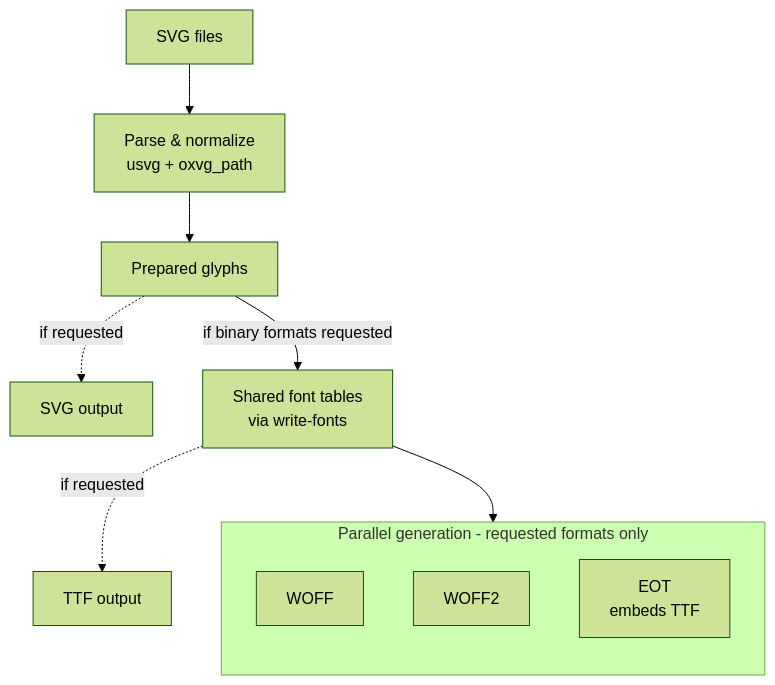
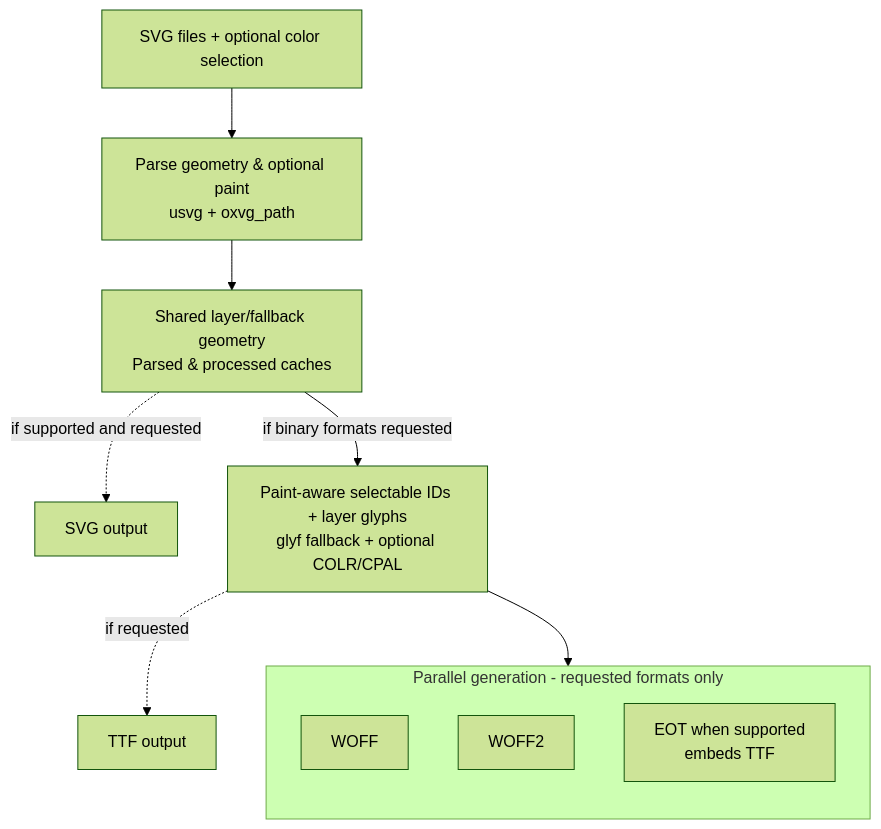
One commit to atlowChemi/vite-svg-2-webfont changed the first of 2 diagrams in packages/docs/webfont-generator/index.md. Above: the diagram before and after it, drawn with Mermaid (forest theme). The commit also changed other lines of this file and 28 other files, not shown here.

````diff
--- a/packages/docs/webfont-generator/index.md
+++ b/packages/docs/webfont-generator/index.md
@@ -52,15 +52,15 @@
 ```mermaid
 flowchart TD
-    A[SVG files] --> B[Parse &amp; normalize<br/>usvg + oxvg_path]
-    B --> C[Prepared glyphs]
-    C -.->|if requested| D[SVG output]
-    C -->|if binary formats requested| E[Shared font tables<br/>via write-fonts]
+    A[SVG files + optional color selection] --> B[Parse geometry &amp; optional paint<br/>usvg + oxvg_path]
+    B --> C[Shared layer/fallback geometry<br/>Parsed &amp; processed caches]
+    C -.->|if supported and requested| D[SVG output]
+    C -->|if binary formats requested| E[Paint-aware selectable IDs + layer glyphs<br/>glyf fallback + optional COLR/CPAL]
     E -.->|if requested| T[TTF output]
     E --> P
     subgraph P[Parallel generation - requested formats only]
         direction TD
         F[WOFF]
         G[WOFF2]
-        H[EOT<br/>embeds TTF]
+        H[EOT when supported<br/>embeds TTF]
     end
 ```
````
